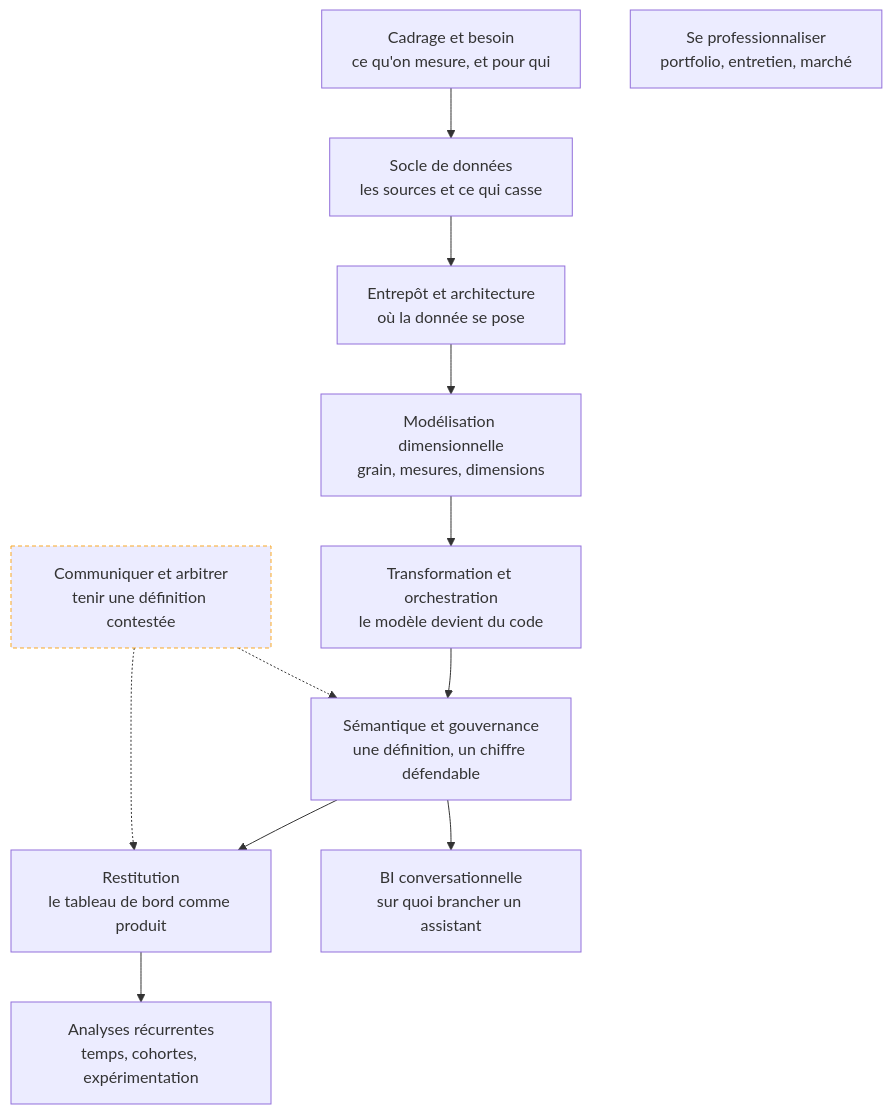
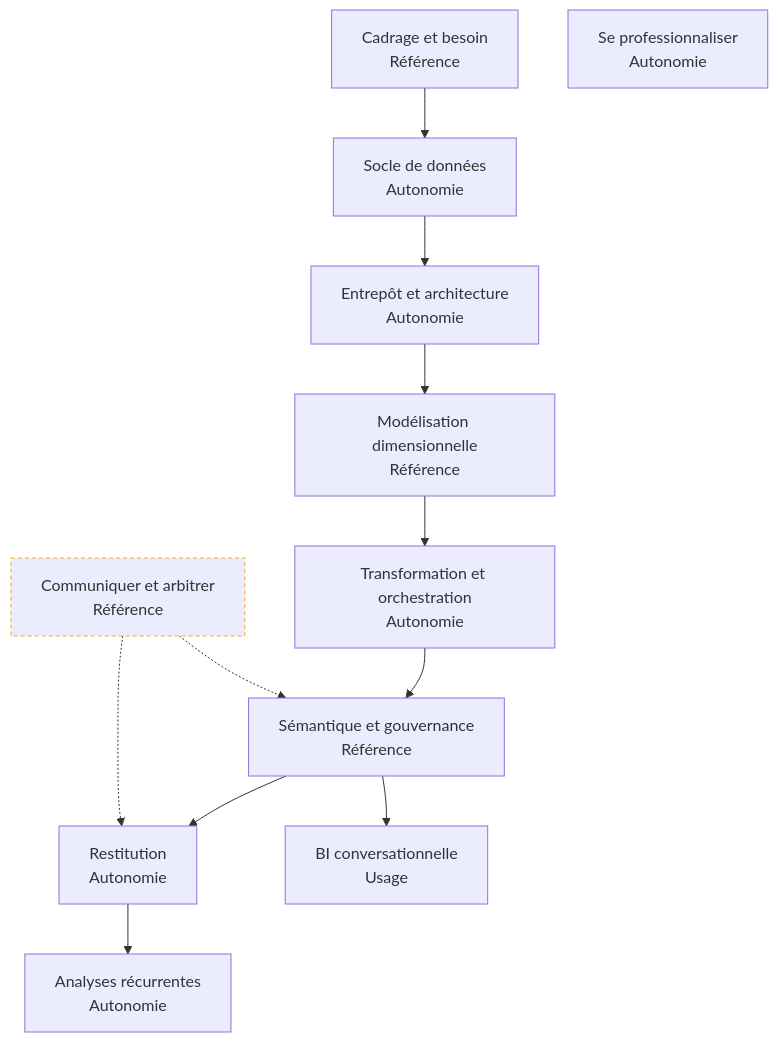
Before and after one commit to floSa/Atlas-Metiers-Roadmaps: the diagram in content/parcours/bi-analyst/index.md, drawn with Mermaid. The commit also changed other lines of this file and 20 other files, not shown here.

````diff
--- a/content/parcours/bi-analyst/index.md
+++ b/content/parcours/bi-analyst/index.md
@@ -15,29 +15,29 @@
 ```mermaid
 flowchart TD
-  CB["Cadrage et besoin<br/>ce qu'on mesure, et pour qui"] --> SD["Socle de données<br/>les sources et ce qui casse"]
-  SD --> EA["Entrepôt et architecture<br/>où la donnée se pose"]
-  EA --> MD["Modélisation dimensionnelle<br/>grain, mesures, dimensions"]
-  MD --> TO["Transformation et orchestration<br/>le modèle devient du code"]
-  TO --> SG["Sémantique et gouvernance<br/>une définition, un chiffre défendable"]
-  SG --> RE["Restitution<br/>le tableau de bord comme produit"]
-  SG --> BC["BI conversationnelle<br/>sur quoi brancher un assistant"]
-  RE --> AR["Analyses récurrentes<br/>temps, cohortes, expérimentation"]
-  CA["Communiquer et arbitrer<br/>tenir une définition contestée"] -.-> SG
+  CB["Cadrage et besoin<br/>Référence"] --> SD["Socle de données<br/>Autonomie"]
+  SD --> EA["Entrepôt et architecture<br/>Autonomie"]
+  EA --> MD["Modélisation dimensionnelle<br/>Référence"]
+  MD --> TO["Transformation et orchestration<br/>Autonomie"]
+  TO --> SG["Sémantique et gouvernance<br/>Référence"]
+  SG --> RE["Restitution<br/>Autonomie"]
+  SG --> BC["BI conversationnelle<br/>Usage"]
+  RE --> AR["Analyses récurrentes<br/>Autonomie"]
+  CA["Communiquer et arbitrer<br/>Référence"] -.-> SG
   CA -.-> RE
-  PRO["Se professionnaliser<br/>portfolio, entretien, marché"]
+  PRO["Se professionnaliser<br/>Autonomie"]
 
   click CB "/parcours/bi-analyst/cadrage-et-besoin"
   click SD "/parcours/bi-analyst/socle-de-donnees"
   click EA "/parcours/bi-analyst/entrepot-et-architecture"
   click MD "/parcours/bi-analyst/modelisation-dimensionnelle"
   click TO "/parcours/bi-analyst/transformation-et-orchestration"
   click SG "/parcours/bi-analyst/semantique-et-gouvernance"
   click RE "/parcours/bi-analyst/restitution"
   click BC "/parcours/bi-analyst/bi-conversationnelle"
   click AR "/parcours/bi-analyst/analyses-recurrentes"
   click CA "/parcours/bi-analyst/communiquer-et-arbitrer"
   click PRO "/parcours/bi-analyst/se-professionnaliser"
 
   classDef transverse stroke:#f9a825,stroke-width:1px,stroke-dasharray:4 3
   class CA transverse
 ```
````
